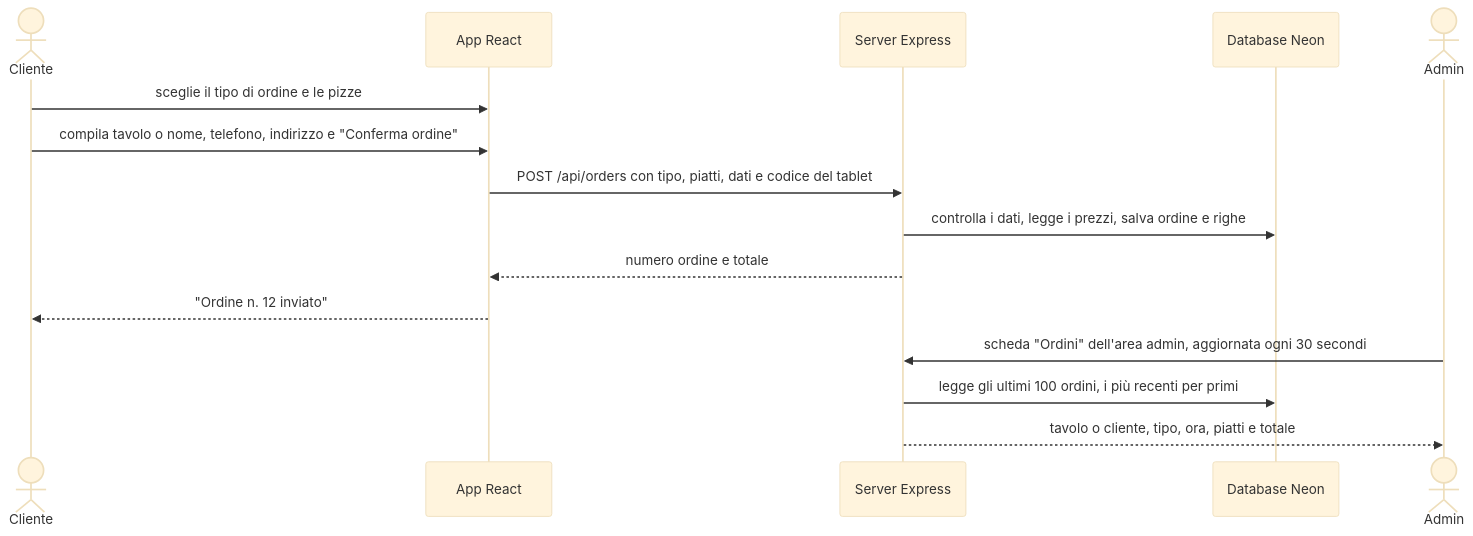
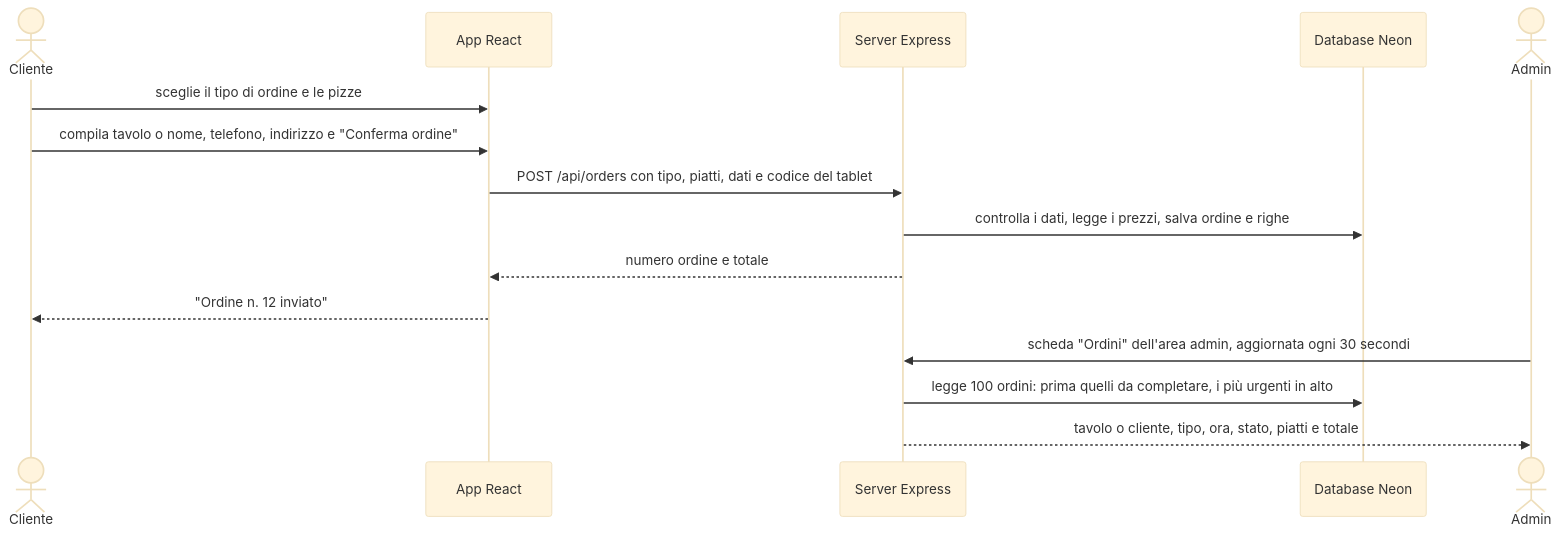
The third of 8 diagrams in doc/piano-server-database.md (Josecontis/RestaurantManager), drawn with Mermaid (base theme) before and after one commit. The commit also changed other lines of this file, not shown here.

````diff
--- a/doc/piano-server-database.md
+++ b/doc/piano-server-database.md
@@ -54,17 +54,17 @@
 ```mermaid
 sequenceDiagram
   actor C as Cliente
   participant P as App React
   participant S as Server Express
   participant D as Database Neon
   actor A as Admin
   C->>P: sceglie il tipo di ordine e le pizze
   C->>P: compila tavolo o nome, telefono, indirizzo e "Conferma ordine"
   P->>S: POST /api/orders con tipo, piatti, dati e codice del tablet
   S->>D: controlla i dati, legge i prezzi, salva ordine e righe
   S-->>P: numero ordine e totale
   P-->>C: "Ordine n. 12 inviato"
   A->>S: scheda "Ordini" dell'area admin, aggiornata ogni 30 secondi
-  S->>D: legge gli ultimi 100 ordini, i più recenti per primi
-  S-->>A: tavolo o cliente, tipo, ora, piatti e totale
+  S->>D: legge 100 ordini: prima quelli da completare, i più urgenti in alto
+  S-->>A: tavolo o cliente, tipo, ora, stato, piatti e totale
 ```
````
